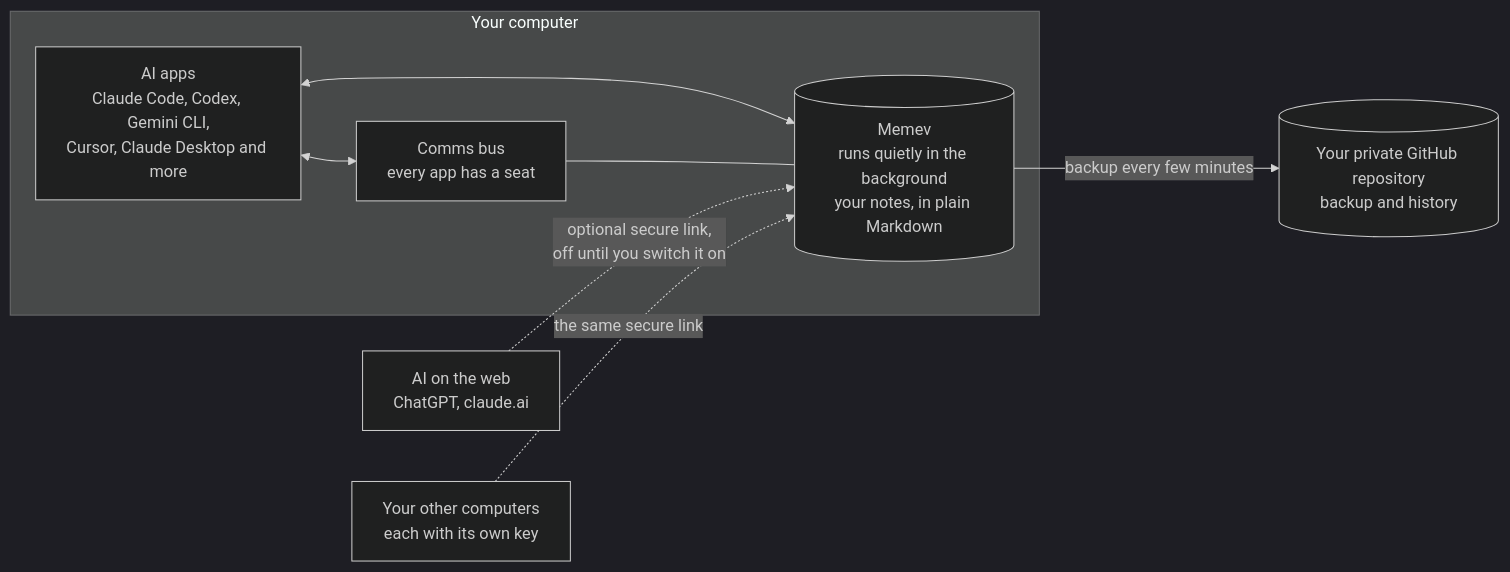
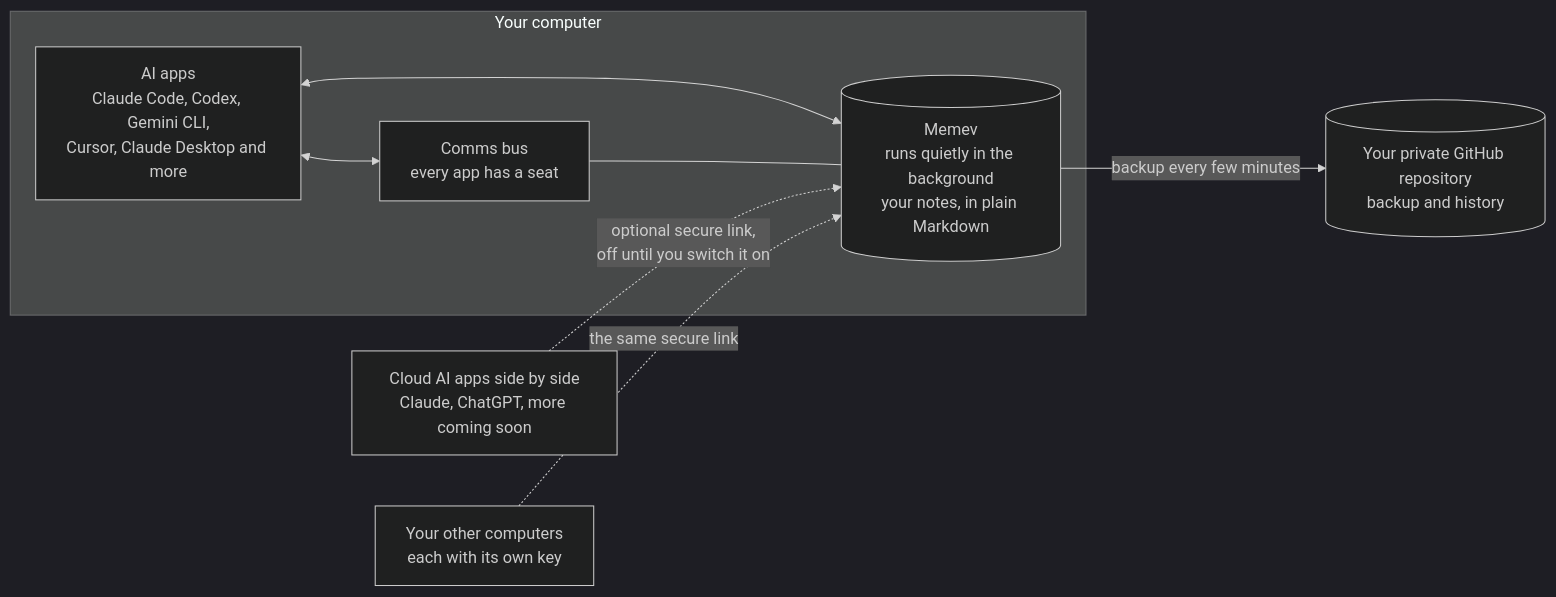
The first of 2 diagrams in README.md (mgillr/memev), drawn with Mermaid (dark theme) before and after one commit. The commit also changed other lines of this file and 60 other files, not shown here.

````diff
--- a/README.md
+++ b/README.md
@@ -17,17 +38,17 @@
 ```mermaid
 flowchart LR
     subgraph computer["Your computer"]
         apps["AI apps<br/>Claude Code, Codex, Gemini CLI,<br/>Cursor, Claude Desktop and more"]
         vault[("Memev<br/>runs quietly in the background<br/>your notes, in plain Markdown")]
         bus["Comms bus<br/>every app has a seat"]
         apps <--> vault
         apps <--> bus
         bus --- vault
     end
     github[("Your private GitHub repository<br/>backup and history")]
-    cloud["AI on the web<br/>ChatGPT, claude.ai"]
+    cloud["Cloud AI apps side by side<br/>Claude, ChatGPT, more coming soon"]
     laptop["Your other computers<br/>each with its own key"]
     vault -- "backup every few minutes" --> github
     cloud -. "optional secure link,<br/>off until you switch it on" .-> vault
     laptop -. "the same secure link" .-> vault
 ```
````
